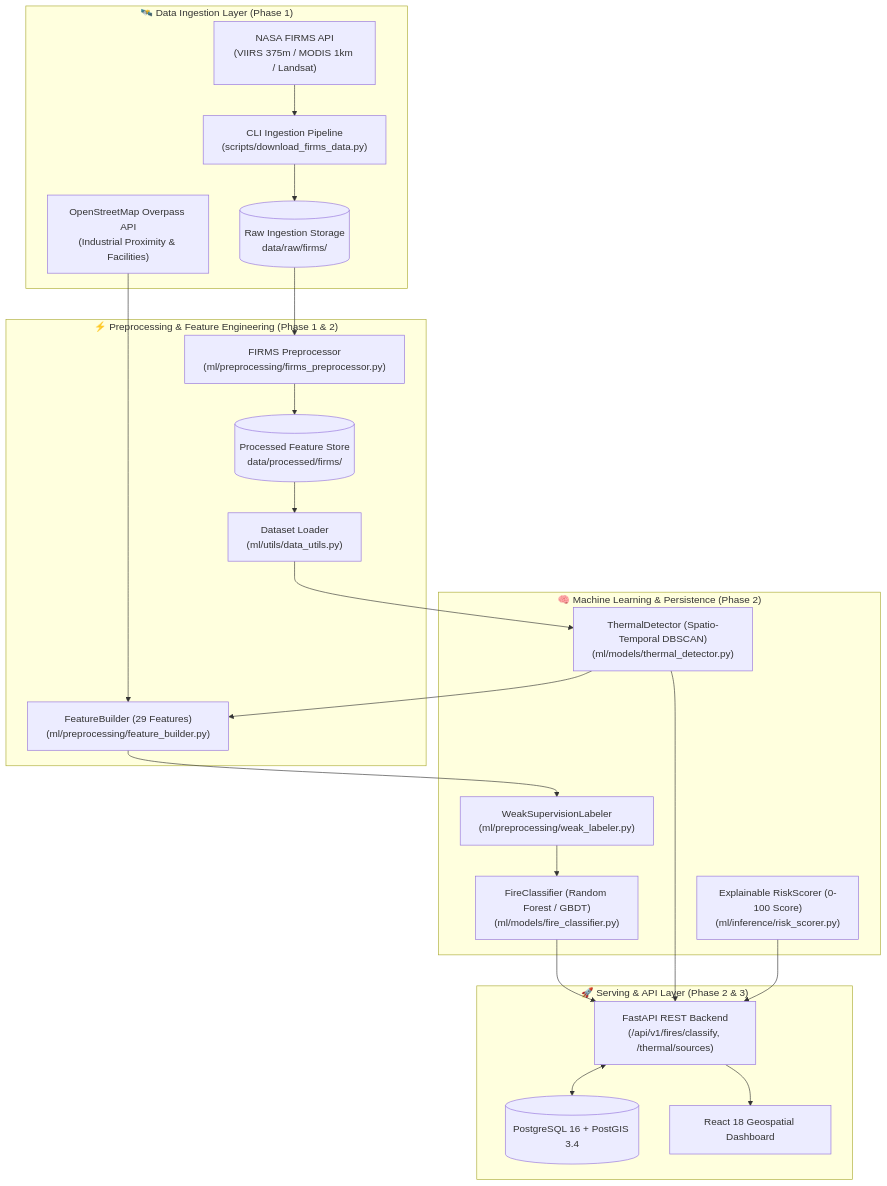
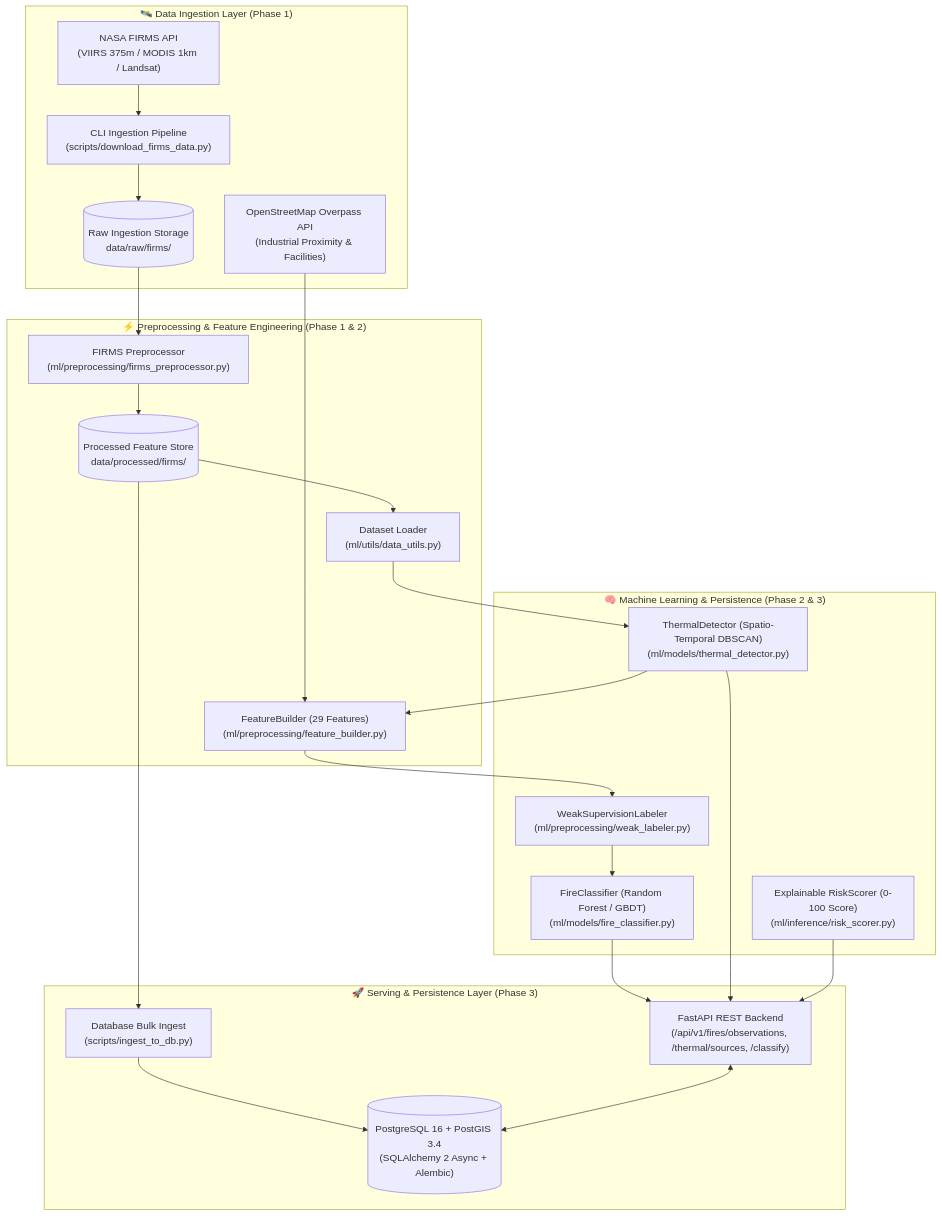
The diagram in SIH26162/README.md (AyushPrad2907/AI-Based-Detection-and-Classification-of-Industrial-Fires-and-Persistent-Thermal-Sources), drawn with Mermaid before and after one commit. The commit also changed other lines of this file and 33 other files, not shown here.

First line of the commit message:
feat(phase3): implement PostgreSQL + PostGIS persistence layer, async CRUD repositories, and Alembic migrations

````diff
--- a/SIH26162/README.md
+++ b/SIH26162/README.md
@@ -41,39 +42,39 @@
 ```mermaid
 flowchart TB
     subgraph S1["🛰️ Data Ingestion Layer (Phase 1)"]
         FIRMS["NASA FIRMS API<br/>(VIIRS 375m / MODIS 1km / Landsat)"]
         OSM["OpenStreetMap Overpass API<br/>(Industrial Proximity & Facilities)"]
         CLI["CLI Ingestion Pipeline<br/>(scripts/download_firms_data.py)"]
         RAW_DB[("Raw Ingestion Storage<br/>data/raw/firms/")]
     end
 
     subgraph S2["⚡ Preprocessing & Feature Engineering (Phase 1 & 2)"]
         PRE["FIRMS Preprocessor<br/>(ml/preprocessing/firms_preprocessor.py)"]
         LOADER["Dataset Loader<br/>(ml/utils/data_utils.py)"]
         FEAT["FeatureBuilder (29 Features)<br/>(ml/preprocessing/feature_builder.py)"]
         PROC_DB[("Processed Feature Store<br/>data/processed/firms/")]
     end
 
-    subgraph S3["🧠 Machine Learning & Persistence (Phase 2)"]
+    subgraph S3["🧠 Machine Learning & Persistence (Phase 2 & 3)"]
         THERMAL["ThermalDetector (Spatio-Temporal DBSCAN)<br/>(ml/models/thermal_detector.py)"]
         LABELER["WeakSupervisionLabeler<br/>(ml/preprocessing/weak_labeler.py)"]
         CLS["FireClassifier (Random Forest / GBDT)<br/>(ml/models/fire_classifier.py)"]
         RISK["Explainable RiskScorer (0-100 Score)<br/>(ml/inference/risk_scorer.py)"]
     end
 
-    subgraph S4["🚀 Serving & API Layer (Phase 2 & 3)"]
-        FASTAPI["FastAPI REST Backend<br/>(/api/v1/fires/classify, /thermal/sources)"]
-        POSTGIS[("PostgreSQL 16 + PostGIS 3.4")]
-        DASH["React 18 Geospatial Dashboard"]
+    subgraph S4["🚀 Serving & Persistence Layer (Phase 3)"]
+        FASTAPI["FastAPI REST Backend<br/>(/api/v1/fires/observations, /thermal/sources, /classify)"]
+        POSTGIS[("PostgreSQL 16 + PostGIS 3.4<br/>(SQLAlchemy 2 Async + Alembic)")]
+        INGEST["Database Bulk Ingest<br/>(scripts/ingest_to_db.py)"]
     end
 
     FIRMS --> CLI --> RAW_DB --> PRE --> PROC_DB --> LOADER
     LOADER --> THERMAL --> FEAT
     OSM --> FEAT
     FEAT --> LABELER --> CLS
     CLS --> FASTAPI
     THERMAL --> FASTAPI
     RISK --> FASTAPI
+    PROC_DB --> INGEST --> POSTGIS
     FASTAPI <--> POSTGIS
-    FASTAPI --> DASH
 ```
````
